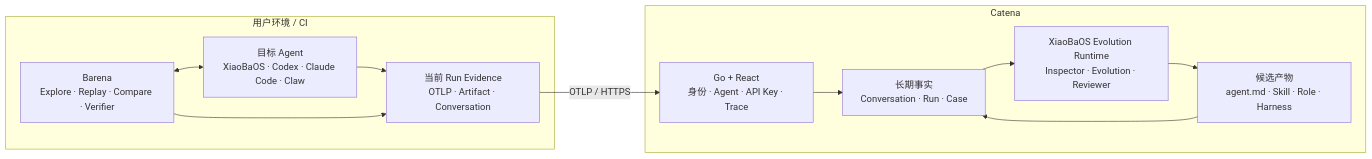
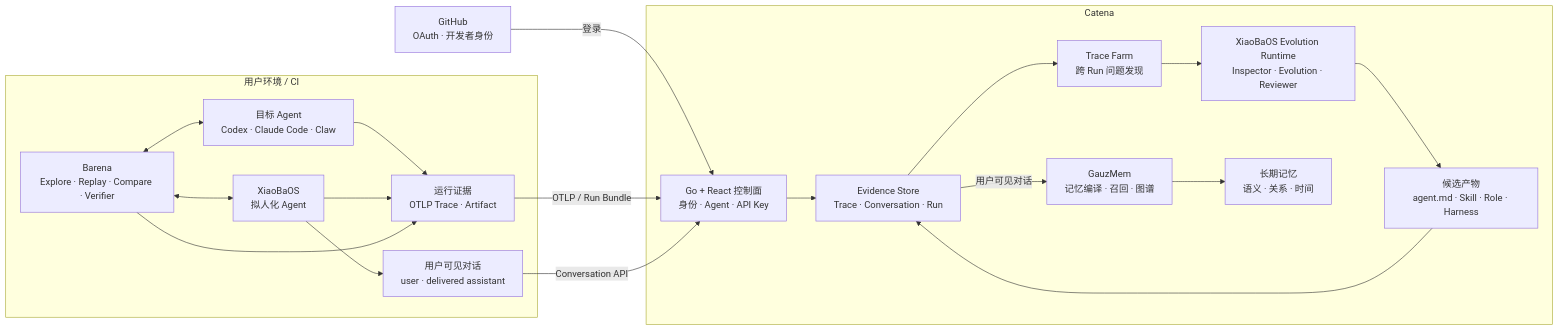
Before and after one commit to fightheyyy/CATENA: the diagram in README.md, drawn with Mermaid. The commit also changed other lines of this file and 3 other files, not shown here.

Commit message:
Document GitHub and conversation memory paths

````diff
--- a/README.md
+++ b/README.md
@@ -34,22 +34,37 @@
 ```mermaid
 flowchart LR
+    GitHub["GitHub<br/>OAuth · 开发者身份"] -->|"登录"| Core
+
     subgraph Edge["用户环境 / CI"]
-        Agent["目标 Agent<br/>XiaoBaOS · Codex · Claude Code · Claw"]
+        Agent["目标 Agent<br/>Codex · Claude Code · Claw"]
+        XiaoBa["XiaoBaOS<br/>拟人化 Agent"]
         Barena["Barena<br/>Explore · Replay · Compare · Verifier"]
-        Evidence["当前 Run Evidence<br/>OTLP · Artifact · Conversation"]
+        Trace["运行证据<br/>OTLP Trace · Artifact"]
+        Conversation["用户可见对话<br/>user · delivered assistant"]
+
         Barena <--> Agent
-        Agent --> Evidence
-        Barena --> Evidence
+        Barena <--> XiaoBa
+        Agent --> Trace
+        XiaoBa --> Trace
+        XiaoBa --> Conversation
+        Barena --> Trace
     end
 
     subgraph Cloud["Catena"]
-        Core["Go + React<br/>身份 · Agent · API Key · Trace"]
-        Facts["长期事实<br/>Conversation · Run · Case"]
+        Core["Go + React 控制面<br/>身份 · Agent · API Key"]
+        Facts["Evidence Store<br/>Trace · Conversation · Run"]
+        Farm["Trace Farm<br/>跨 Run 问题发现"]
         Runtime["XiaoBaOS Evolution Runtime<br/>Inspector · Evolution · Reviewer"]
         Assets["候选产物<br/>agent.md · Skill · Role · Harness"]
-        Core --> Facts --> Runtime --> Assets
+        GauzMem["GauzMem<br/>记忆编译 · 召回 · 图谱"]
+        Memories["长期记忆<br/>语义 · 关系 · 时间"]
+
+        Core --> Facts
+        Facts --> Farm --> Runtime --> Assets
+        Facts -->|"用户可见对话"| GauzMem --> Memories
         Assets --> Facts
     end
 
-    Evidence -->|"OTLP / HTTPS"| Core
+    Trace -->|"OTLP / Run Bundle"| Core
+    Conversation -->|"Conversation API"| Core
 ```
````
